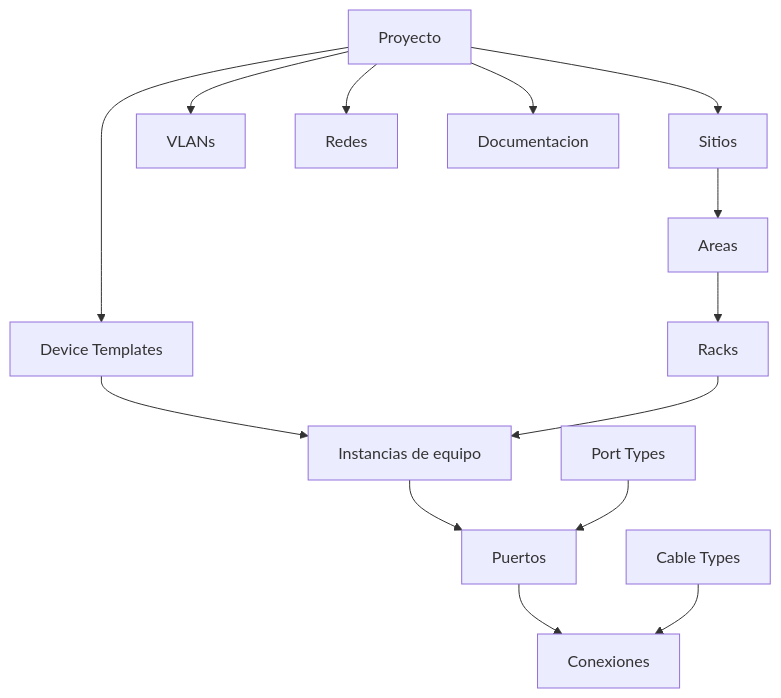
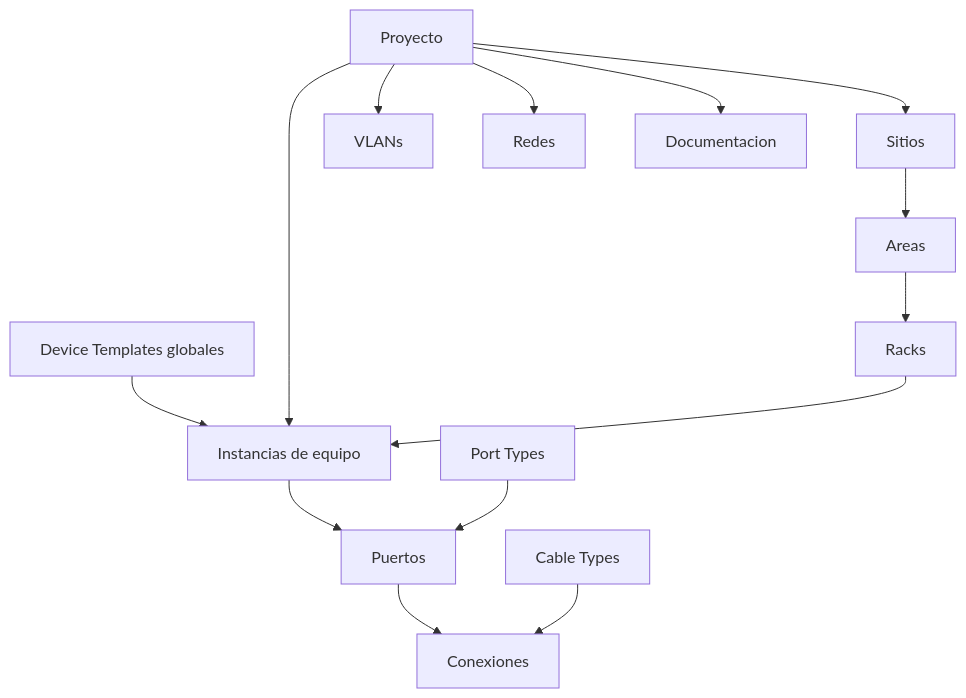
One commit to L-insfran/diagramar_arquitectura_red changed the second of 2 diagrams in docs/DOMAIN-MODEL.md. Above: the diagram before and after it, drawn with Mermaid. The commit also changed other lines of this file and 42 other files, not shown here.

First line of the commit message:
Permitir crear enlaces arrastrando puertos y ajustar el diagrama a A4.

````diff
--- a/docs/DOMAIN-MODEL.md
+++ b/docs/DOMAIN-MODEL.md
@@ -83,17 +84,18 @@
 ```mermaid
 flowchart TB
     Project[Proyecto]
     Project --> Sites[Sitios]
     Sites --> Areas[Areas]
     Areas --> Racks[Racks]
-    Project --> Templates[Device Templates]
-    Templates --> Devices[Instancias de equipo]
+    GlobalTemplates[Device Templates globales]
+    GlobalTemplates --> Devices[Instancias de equipo]
+    Project --> Devices
     Racks --> Devices
     Devices --> Ports[Puertos]
     Ports --> Connections[Conexiones]
     Project --> Vlans[VLANs]
     Project --> Networks[Redes]
     Project --> Docs[Documentacion]
     PortTypes[Port Types] --> Ports
     CableTypes[Cable Types] --> Connections
 ```
````
